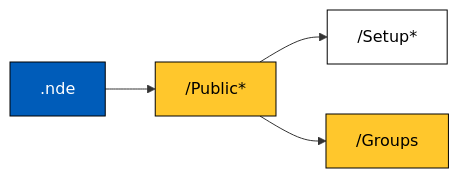
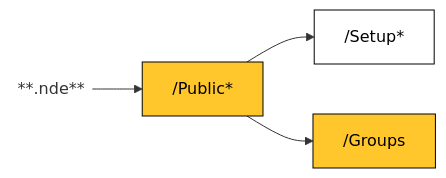
The first of 3 diagrams in site/docs/hdf5-structure/public-group.md (Evident-Industrial/NDE_Open_File_Format), drawn with Mermaid before and after one commit. The commit also changed 90 other files, not shown here.

````diff
--- a/site/docs/hdf5-structure/public-group.md
+++ b/site/docs/hdf5-structure/public-group.md
@@ -3,9 +3,10 @@
 ``` mermaid
 flowchart LR
-  .nde[.nde]:::root --> Public["/Public*"]:::group
+  .nde[**.nde**]:::root --> Public["/Public*"]:::group
   Public["/Public*"] --> Setup["/Setup*"]:::dataset
   Public["/Public*"] --> Groups["/Groups"]:::group
-  classDef root fill:#005cb9,stroke:#000000,color:#fff
+  .nde@{ shape: text}
+  classDef root fill:#fff
   classDef group fill:#ffc72c,stroke:#000000,color:#000000
   classDef dataset fill:#fff,stroke:#000000,color:#000000
 ```
````
